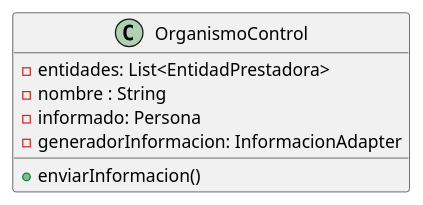
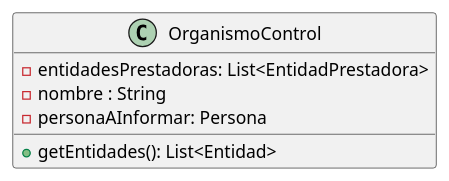
Before and after one commit to mbertogliati/dds-tpa: the diagram in DC/E3/domain/entidades/OrganismoControl.puml, drawn with PlantUML. The commit also changed 14 other files, not shown here.

```diff
--- a/DC/E3/domain/entidades/OrganismoControl.puml
+++ b/DC/E3/domain/entidades/OrganismoControl.puml
@@ -1,13 +1,12 @@
 @startuml
 'https://plantuml.com/class-diagram
 
 class OrganismoControl{
-    - entidades: List<EntidadPrestadora>
+    - entidadesPrestadoras: List<EntidadPrestadora>
     - nombre : String
-    - informado: Persona
-    - generadorInformacion: InformacionAdapter
+    - personaAInformar: Persona
 
-    +enviarInformacion()
+    + getEntidades(): List<Entidad>
 }
 
 @enduml
```
